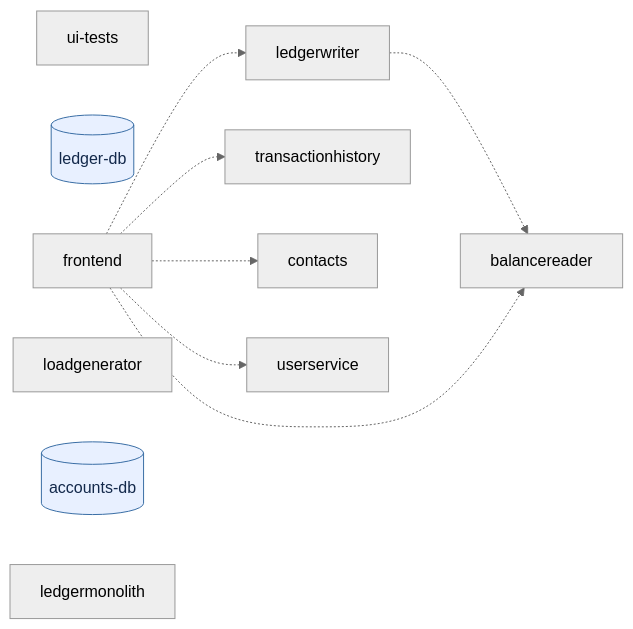
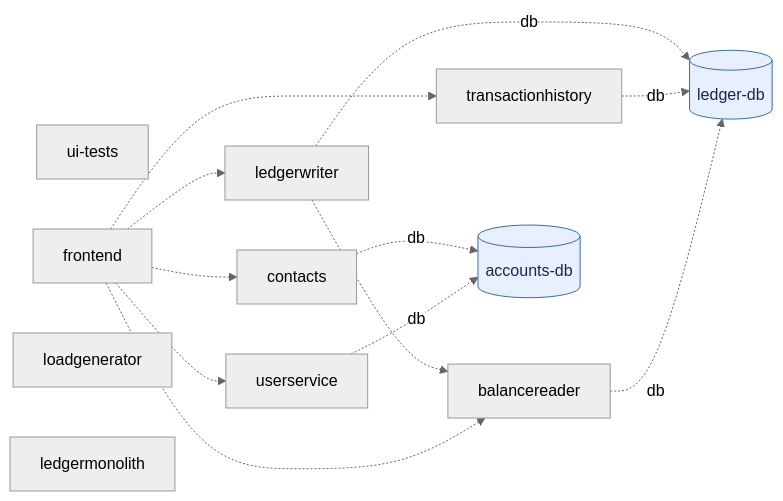
Before and after one commit to ANYuu531/ChatOps4Msa-Pipeline: the diagram in docs/bank-of-anthos-greenfield-graph.mmd, drawn with Mermaid (neutral theme). The commit also changed 6 other files, not shown here.

```diff
--- a/docs/bank-of-anthos-greenfield-graph.mmd
+++ b/docs/bank-of-anthos-greenfield-graph.mmd
@@ -1,24 +1,34 @@
 %% Bank of Anthos — dependency graph produced STATICALLY (greenfield: no runtime data, no cluster, no ports).
-%% Nodes come from the repo's service inventory (service-root); edges come from the code's
+%% Nodes come from the repo's service inventory (service-root). Service edges come from the code's
 %% env-indirected call targets resolved through the k8s ConfigMap env->host table (env-address).
+%% Data-store edges come from the deployment wiring (workload-env, 2026-09-22): a Deployment that
+%% injects a ConfigMap carrying a datasource address (envFrom: ledger-db-config -> SPRING_DATASOURCE_URL)
+%% plus persistence code in the service (JPA / SQLAlchemy markers). Spring Boot reads that variable
+%% without a line of code, so before this rule the static graph had NO data layer at all.
 %% All edges are dashed because there is no runtime layer to confirm them (code/config provenance only).
+%% The five db edges are exactly the data layer the runtime run of 2026-08-25 measured at 5/5.
 %% (ui-tests is a UI e2e-test directory with a package.json — a minor false-positive service node.)
 flowchart LR
   ui_tests["ui-tests"]
   balancereader["balancereader"]
   ledgerwriter["ledgerwriter"]
   ledger_db[("ledger-db")]:::db
   transactionhistory["transactionhistory"]
   frontend["frontend"]
   loadgenerator["loadgenerator"]
   contacts["contacts"]
   userservice["userservice"]
   accounts_db[("accounts-db")]:::db
   ledgermonolith["ledgermonolith"]
   ledgerwriter -.-> balancereader
   frontend -.-> ledgerwriter
   frontend -.-> userservice
   frontend -.-> balancereader
   frontend -.-> transactionhistory
   frontend -.-> contacts
+  ledgerwriter -. db .-> ledger_db
+  transactionhistory -. db .-> ledger_db
+  balancereader -. db .-> ledger_db
+  contacts -. db .-> accounts_db
+  userservice -. db .-> accounts_db
 classDef db fill:#e8f0ff,stroke:#3a6ea5,color:#13294b;
```
